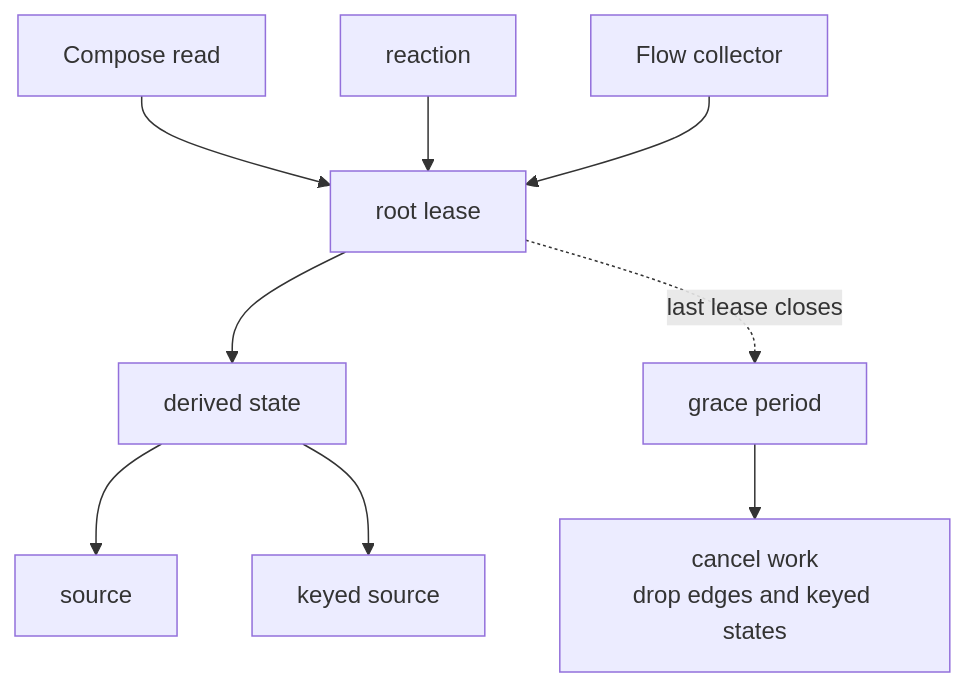
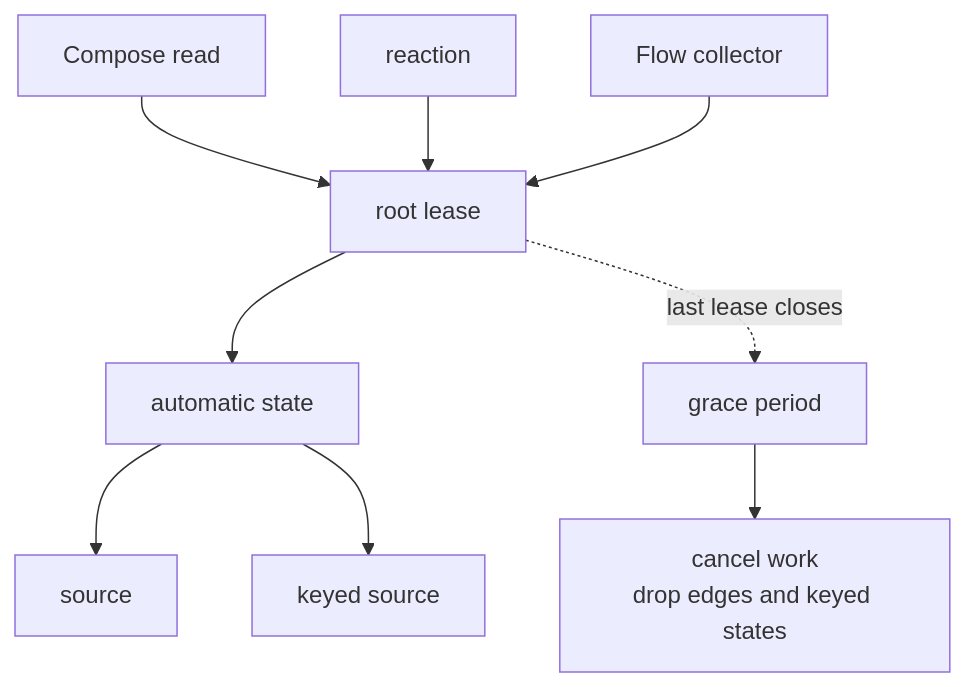
The fourth of 4 diagrams in docs/kotlin/exploration.md (skeswa/cog), drawn with Mermaid before and after one commit. The commit also changed other lines of this file and 309 other files, not shown here.

````diff
--- a/docs/kotlin/exploration.md
+++ b/docs/kotlin/exploration.md
@@ -419,11 +414,11 @@
 ```mermaid
 flowchart TD
     UI["Compose read"] --> L["root lease"]
     RX["reaction"] --> L
     F["Flow collector"] --> L
-    L --> D["derived state"]
+    L --> D["automatic state"]
     D --> S1["source"]
     D --> S2["keyed source"]
     L -. last lease closes .-> G["grace period"]
     G --> X["cancel work<br/>drop edges and keyed states"]
 ```
````
